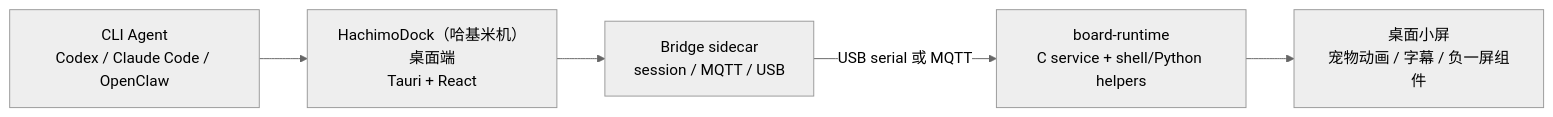
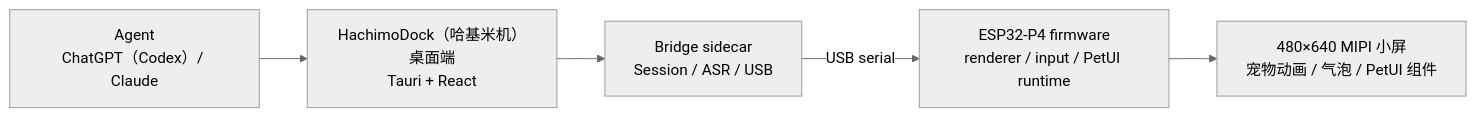
One commit to YizhengWw/HachimoDock changed the diagram in README.md. Above: the diagram before and after it, drawn with Mermaid (neutral theme). The commit also changed other lines of this file, not shown here.

Commit message:
docs: update product overview for ESP32-P4

````diff
--- a/README.md
+++ b/README.md
@@ -145,13 +148,13 @@
 ```mermaid
 flowchart LR
-  agent["CLI Agent<br/>Codex / Claude Code / OpenClaw"]
+  agent["Agent<br/>ChatGPT（Codex）/ Claude"]
   desktop["HachimoDock（哈基米机）桌面端<br/>Tauri + React"]
-  bridge["Bridge sidecar<br/>session / MQTT / USB"]
-  board["board-runtime<br/>C service + shell/Python helpers"]
-  screen["桌面小屏<br/>宠物动画 / 字幕 / 负一屏组件"]
+  bridge["Bridge sidecar<br/>Session / ASR / USB"]
+  board["ESP32-P4 firmware<br/>renderer / input / PetUI runtime"]
+  screen["480×640 MIPI 小屏<br/>宠物动画 / 气泡 / PetUI 组件"]
 
   agent --> desktop
   desktop --> bridge
-  bridge -->|"USB serial 或 MQTT"| board
+  bridge -->|"USB serial"| board
   board --> screen
 ```
````
